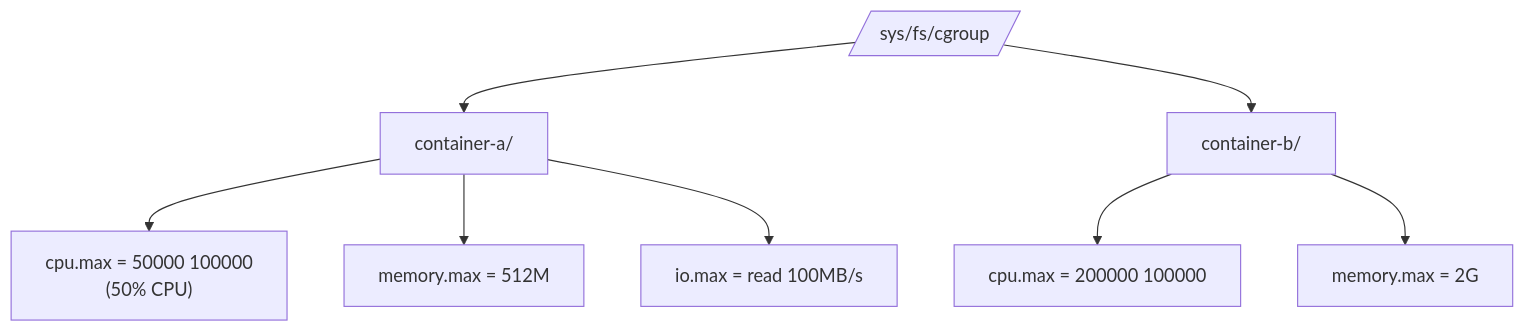
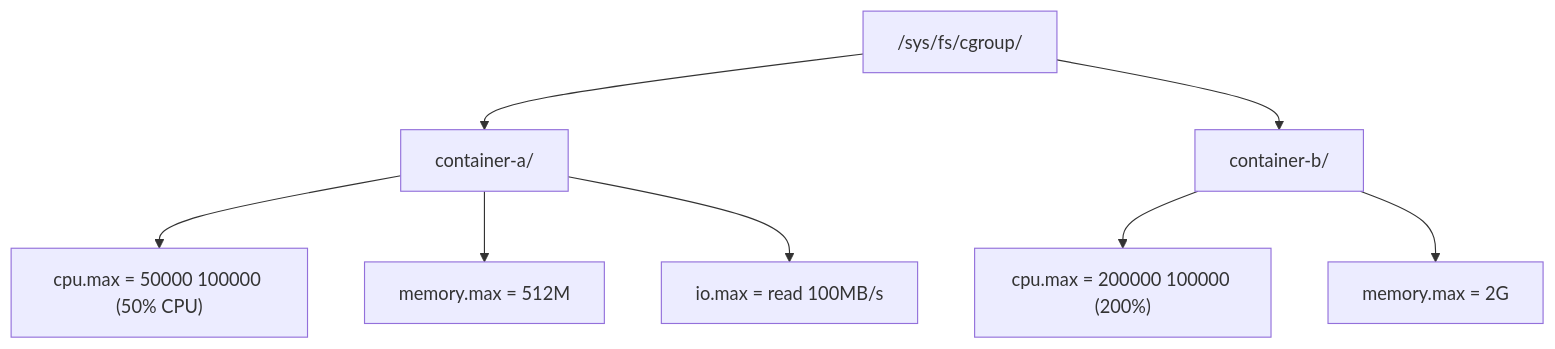
The third of 4 diagrams in src/content/wiki/virtualization/cgroups-namespaces.mdx (shinkeonkim/shinkeonkim.github.io), drawn with Mermaid before and after one commit. The commit also changed other lines of this file and 526 other files, not shown here.

First line of the commit message:
content(wiki): 전수조사 및 대규모 보강 (짧은 파일 0, mermaid +645)

````diff
--- a/src/content/wiki/virtualization/cgroups-namespaces.mdx
+++ b/src/content/wiki/virtualization/cgroups-namespaces.mdx
@@ -46,11 +121,11 @@
 ```mermaid
 flowchart TB
-    Root[/sys/fs/cgroup/]
-    Root --> ContainerA[container-a/]
-    Root --> ContainerB[container-b/]
-    ContainerA --> CPU["cpu.max = 50000 100000<br/>(50% CPU)"]
-    ContainerA --> Mem[memory.max = 512M]
-    ContainerA --> IO[io.max = read 100MB/s]
-    ContainerB --> CPU2[cpu.max = 200000 100000]
-    ContainerB --> Mem2[memory.max = 2G]
+    Root["/sys/fs/cgroup/"]
+    Root --> ContainerA["container-a/"]
+    Root --> ContainerB["container-b/"]
+    ContainerA --> CPU["cpu.max = 50000 100000 (50% CPU)"]
+    ContainerA --> Mem["memory.max = 512M"]
+    ContainerA --> IO["io.max = read 100MB/s"]
+    ContainerB --> CPU2["cpu.max = 200000 100000 (200%)"]
+    ContainerB --> Mem2["memory.max = 2G"]
 ```
````
